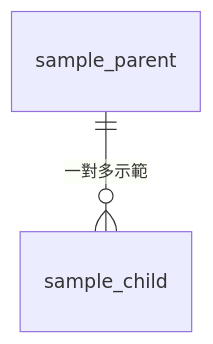
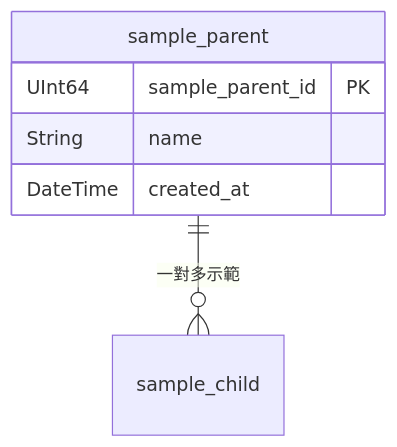
One commit to frank0124p/dataval changed the diagram in config/Common/erd/_sample.md. Above: the diagram before and after it, drawn with Mermaid. The commit also changed other lines of this file and 8 other files, not shown here.

First line of the commit message:
feat: ER 參考模型 entity 欄位定義成為 input DDL 的結構基準

````diff
--- a/config/Common/erd/_sample.md
+++ b/config/Common/erd/_sample.md
@@ -5,4 +8,9 @@
 ```mermaid
 erDiagram
     sample_parent ||--o{ sample_child : "一對多示範"
+    sample_parent {
+        UInt64 sample_parent_id PK
+        String name
+        DateTime created_at
+    }
 ```
````
